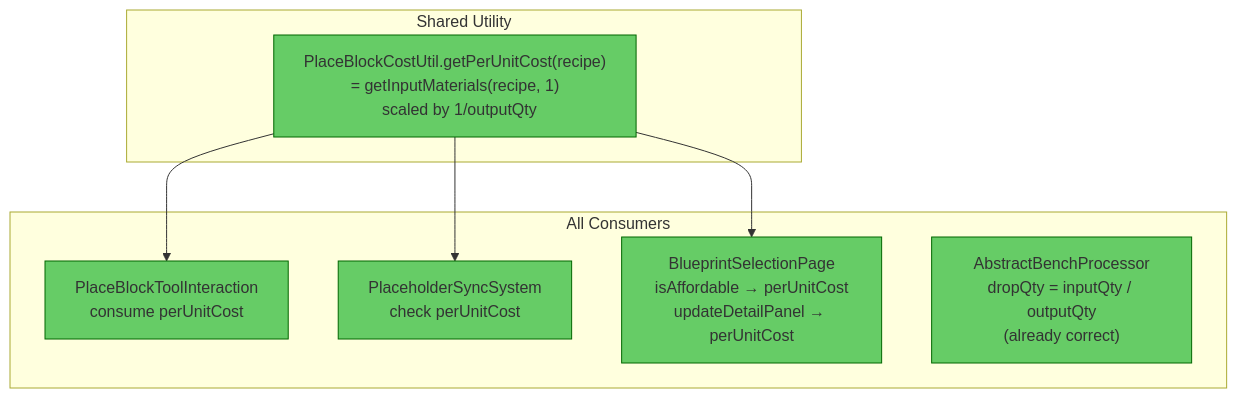
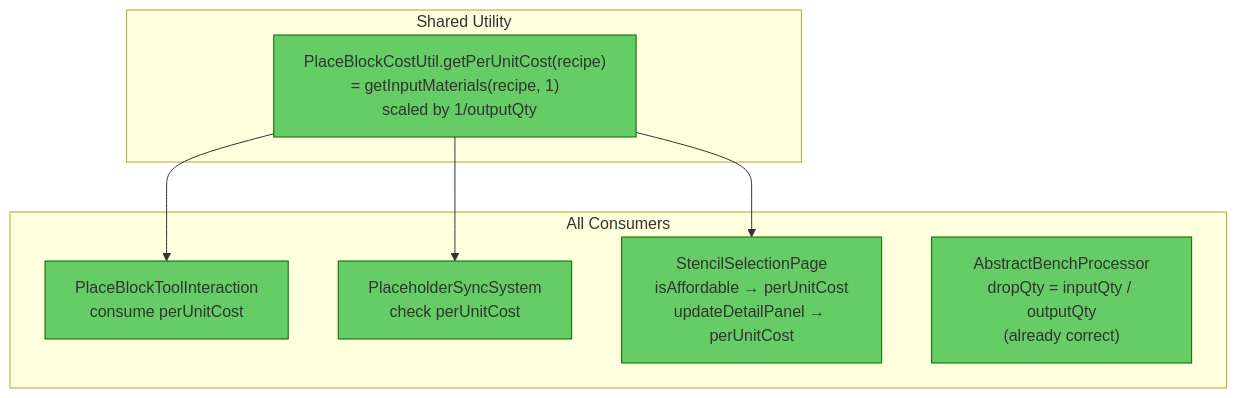
One commit to TheCodeCreature/Hytale-Example-Plugin changed the second of 2 diagrams in docs/review-output-quantity-cost.md. Above: the diagram before and after it, drawn with Mermaid. The commit also changed other lines of this file and 289 other files, not shown here.

````diff
--- a/docs/review-output-quantity-cost.md
+++ b/docs/review-output-quantity-cost.md
@@ -59,23 +59,23 @@
 ```mermaid
 graph TB
     subgraph "Shared Utility"
         U["PlaceBlockCostUtil.getPerUnitCost(recipe)\n= getInputMaterials(recipe, 1)\n  scaled by 1/outputQty"]
     end
 
     subgraph "All Consumers"
         A["PlaceBlockToolInteraction\nconsume perUnitCost"]
         B["PlaceholderSyncSystem\ncheck perUnitCost"]
-        C["BlueprintSelectionPage\nisAffordable → perUnitCost\nupdateDetailPanel → perUnitCost"]
+        C["StencilSelectionPage\nisAffordable → perUnitCost\nupdateDetailPanel → perUnitCost"]
         D["AbstractBenchProcessor\ndropQty = inputQty / outputQty\n(already correct)"]
     end
 
     U --> A
     U --> B
     U --> C
 
     style U fill:#6c6,stroke:#060
     style A fill:#6c6,stroke:#060
     style B fill:#6c6,stroke:#060
     style C fill:#6c6,stroke:#060
     style D fill:#6c6,stroke:#060
 ```
````
